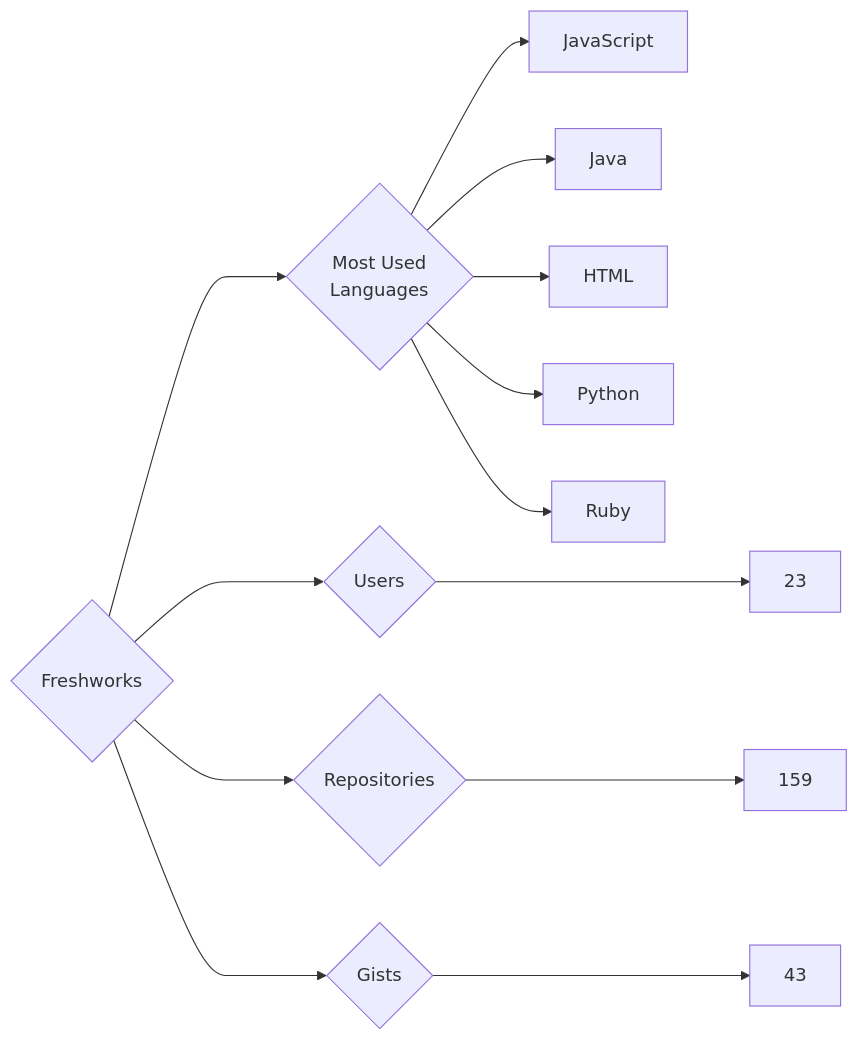
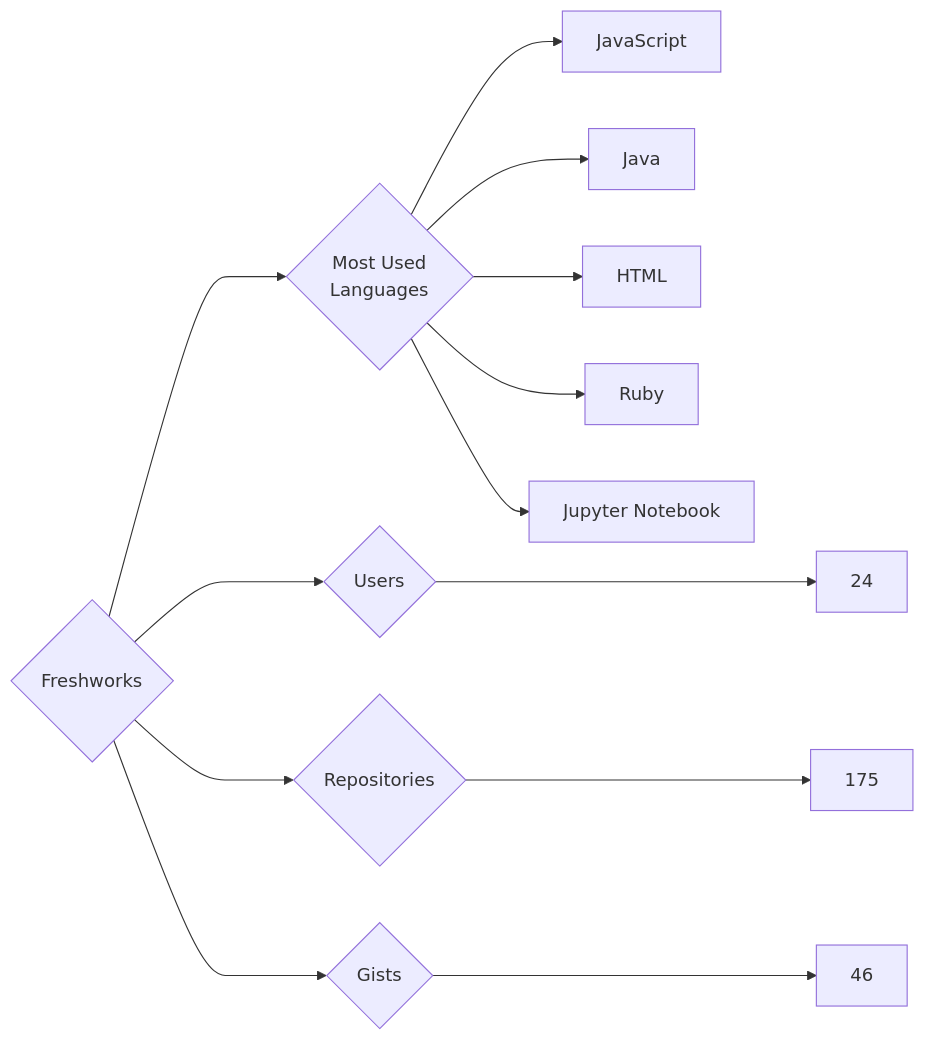
One commit to trickest/insiders changed the diagram in targets/Freshworks/README.md. Above: the diagram before and after it, drawn with Mermaid. The commit also changed 951 other files, not shown here.

````diff
--- a/targets/Freshworks/README.md
+++ b/targets/Freshworks/README.md
@@ -3,13 +3,13 @@
 ```mermaid
 graph LR
 COMPANY_NAME{Freshworks}
-COMPANY_NAME ---> U{Users} ---> UN[23]
-COMPANY_NAME ---> R{Repositories} ---> RN[159]
-COMPANY_NAME ---> G{Gists} ---> GN[43]
+COMPANY_NAME ---> U{Users} ---> UN[24]
+COMPANY_NAME ---> R{Repositories} ---> RN[175]
+COMPANY_NAME ---> G{Gists} ---> GN[46]
 COMPANY_NAME ---> ML{Most Used<br>Languages}
 ML --> JavaScript[JavaScript]
 ML --> Java[Java]
 ML --> HTML[HTML]
-ML --> Python[Python]
 ML --> Ruby[Ruby]
+ML --> Jupyter_Notebook[Jupyter Notebook]
 ```
````
